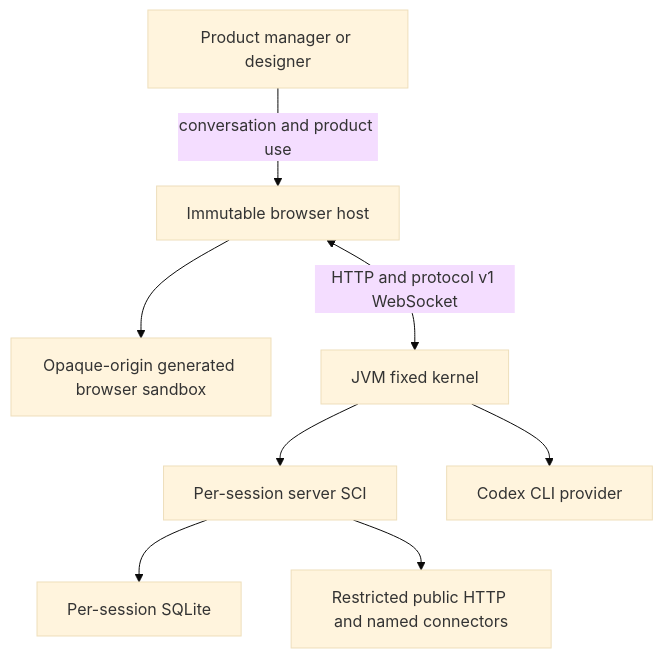
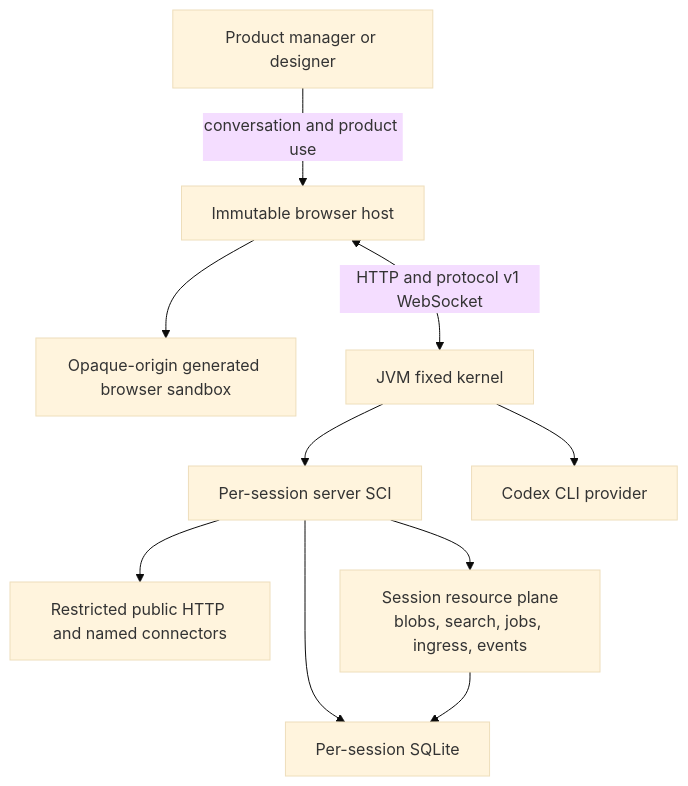
The diagram in docs/SPEC.md (Lee-WonJun/ppp), drawn with Mermaid (base theme) before and after one commit. The commit also changed other lines of this file and 16 other files, not shown here.

````diff
--- a/docs/SPEC.md
+++ b/docs/SPEC.md
@@ -18,19 +18,22 @@
 ```mermaid
 flowchart TB
     U["Product manager or designer"]
     H["Immutable browser host"]
     C["Opaque-origin generated browser sandbox"]
     K["JVM fixed kernel"]
     S["Per-session server SCI"]
     D["Per-session SQLite"]
     P["Codex CLI provider"]
     E["Restricted public HTTP and named connectors"]
+    R["Session resource plane\nblobs, search, jobs, ingress, events"]
 
     U -->|"conversation and product use"| H
     H <--> |"HTTP and protocol v1 WebSocket"| K
     H --> C
     K --> S
     S --> D
+    S --> R
+    R --> D
     K --> P
     S --> E
 ```
````
